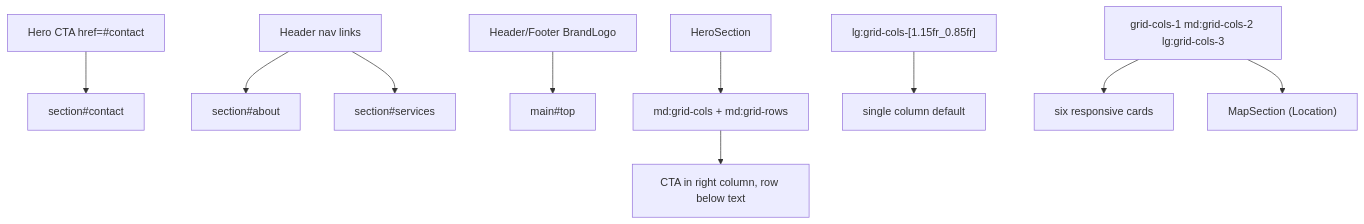
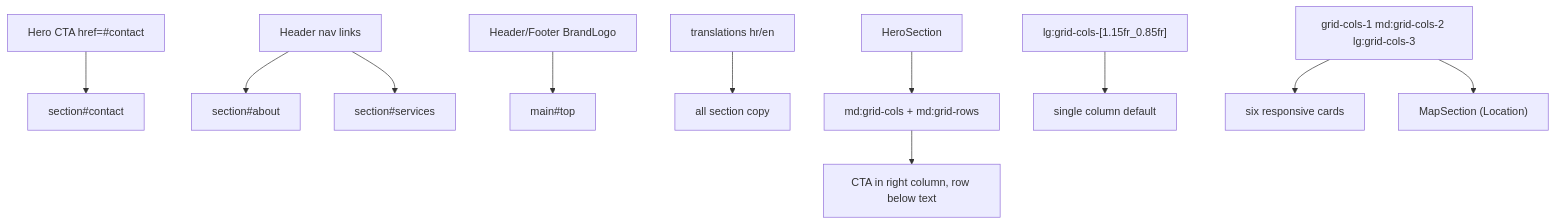
The diagram in lode/ui/home-main-content.md (ipavic933-spec/website-pavic), drawn with Mermaid before and after one commit. The commit also changed other lines of this file and 23 other files, not shown here.

````diff
--- a/lode/ui/home-main-content.md
+++ b/lode/ui/home-main-content.md
@@ -10,12 +11,13 @@
 ```mermaid
 flowchart TD
   HeroCTA["Hero CTA href=#contact"] --> ContactId["section#contact"]
   HeaderNav["Header nav links"] --> AboutId["section#about"]
   HeaderNav --> ServicesId["section#services"]
   BrandLogo["Header/Footer BrandLogo"] --> TopId["main#top"]
+  I18n["translations hr/en"] --> Sections["all section copy"]
   HeroSection --> HeroGrid["md:grid-cols + md:grid-rows"]
   HeroGrid --> CtaButton["CTA in right column, row below text"]
   AboutDesktop["lg:grid-cols-[1.15fr_0.85fr]"] --> AboutMobile["single column default"]
   Services["grid-cols-1 md:grid-cols-2 lg:grid-cols-3"] --> ServiceCards["six responsive cards"]
   Services --> Map["MapSection (Location)"]
 ```
````
